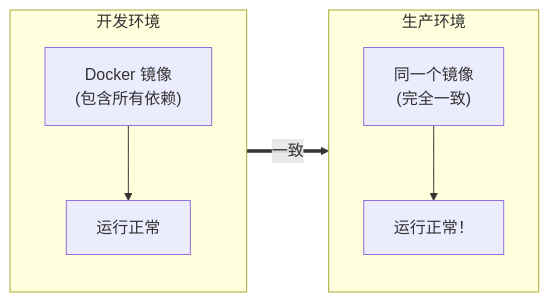
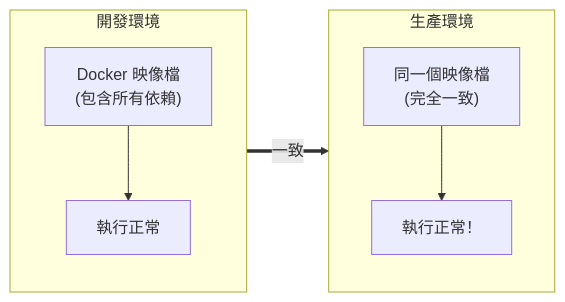
One commit to alexkuoecity/docker-practice-master-zh-tw changed the second of 3 diagrams in 01_introduction/1.2_what.md. Above: the diagram before and after it, drawn with Mermaid. The commit also changed other lines of this file and 200 other files, not shown here.

````diff
--- a/01_introduction/1.2_what.md
+++ b/01_introduction/1.2_what.md
@@ -31,12 +31,12 @@
 ```mermaid
 flowchart LR
-    subgraph Dev ["开发环境"]
+    subgraph Dev ["開發環境"]
         direction TB
-        A["Docker 镜像<br/>(包含所有依赖)"] --> B["运行正常"]
+        A["Docker 映像檔<br/>(包含所有依賴)"] --> B["執行正常"]
     end
-    subgraph Prod ["生产环境"]
+    subgraph Prod ["生產環境"]
         direction TB
-        C["同一个镜像<br/>(完全一致)"] --> D["运行正常！"]
+        C["同一個映像檔<br/>(完全一致)"] --> D["執行正常！"]
     end
     A == 一致 ==> C
 ```
````
